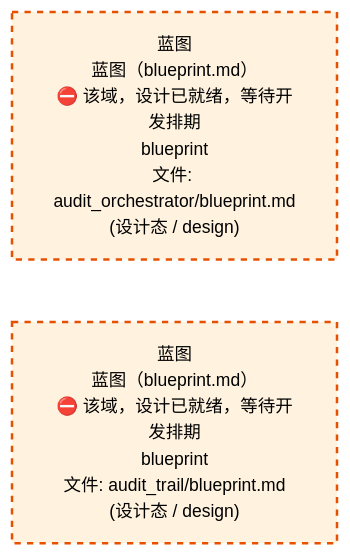
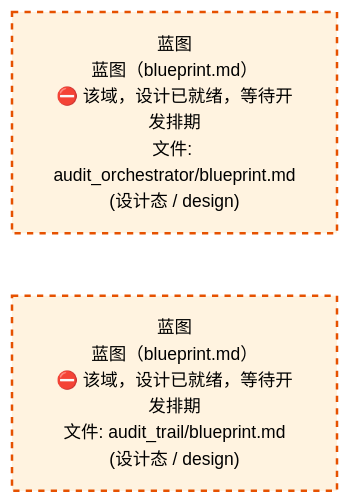
One commit to xuanFelixVan/ZephyrAlpha changed the third of 4 diagrams in docs/02_enterprise_architecture/02_domain_architecture_docs/50_d_gov_audit.md. Above: the diagram before and after it, drawn with Mermaid. The commit also changed other lines of this file and 60 other files, not shown here.

````diff
--- a/docs/02_enterprise_architecture/02_domain_architecture_docs/50_d_gov_audit.md
+++ b/docs/02_enterprise_architecture/02_domain_architecture_docs/50_d_gov_audit.md
@@ -807,12 +807,12 @@
 ```mermaid
 %%{init: {'theme': 'base', 'themeVariables': {'primaryColor': '#eaeaea', 'primaryTextColor': '#333333', 'primaryBorderColor': '#666666', 'lineColor': '#666666', 'secondaryColor': '#eaeaea', 'tertiaryColor': '#eaeaea', 'fontSize': '14px'}}}%%
 flowchart TD
-    docs_03_modules_cross_layer_audit_orchestrator_blueprint_md["蓝图<br/>蓝图（blueprint.md）<br/>⛔ 该域，设计已就绪，等待开发排期<br/>blueprint<br/>文件: audit_orchestrator/blueprint.md<br/>(设计态 / design)"]
-    docs_03_modules_domain_governance_audit_trail_blueprint_md["蓝图<br/>蓝图（blueprint.md）<br/>⛔ 该域，设计已就绪，等待开发排期<br/>blueprint<br/>文件: audit_trail/blueprint.md<br/>(设计态 / design)"]
+    docs_03_modules_cross_layer_audit_orchestrator_blueprint_md["蓝图<br/>蓝图（blueprint.md）<br/>⛔ 该域，设计已就绪，等待开发排期<br/>文件: audit_orchestrator/blueprint.md<br/>(设计态 / design)"]
+    docs_03_modules_domain_governance_audit_trail_blueprint_md["蓝图<br/>蓝图（blueprint.md）<br/>⛔ 该域，设计已就绪，等待开发排期<br/>文件: audit_trail/blueprint.md<br/>(设计态 / design)"]
     docs_03_modules_cross_layer_audit_orchestrator_blueprint_md ~~~ docs_03_modules_domain_governance_audit_trail_blueprint_md
     classDef production fill:#e1f5fe,stroke:#01579b,stroke-width:2px,color:#000
     classDef design fill:#fff3e0,stroke:#e65100,stroke-width:2px,color:#000,stroke-dasharray: 5 5
     classDef external_prod fill:#e8f4fd,stroke:#0277bd,stroke-width:1px,color:#000
     classDef external_design fill:#fff8e7,stroke:#ef6c00,stroke-width:1px,color:#000,stroke-dasharray: 5 5
     class docs_03_modules_cross_layer_audit_orchestrator_blueprint_md,docs_03_modules_domain_governance_audit_trail_blueprint_md design
 ```
````
